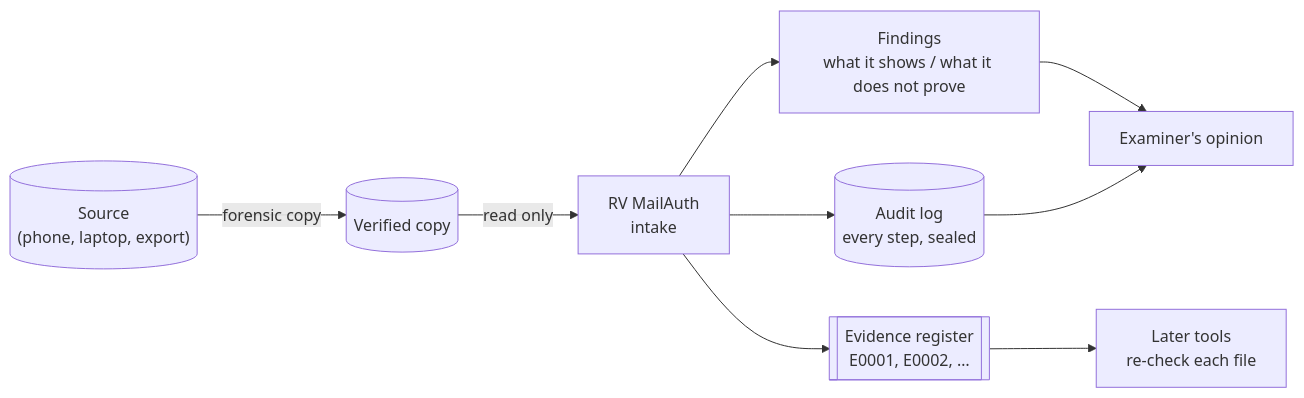
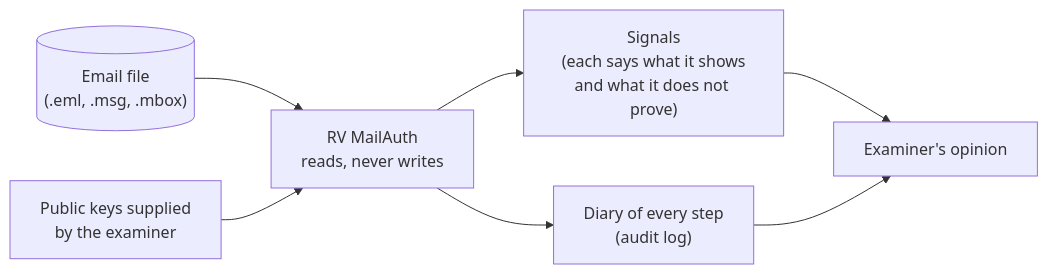
Before and after one commit to Panacota96/rv-mailauth: the first of 11 diagrams in docs/theory.md, drawn with Mermaid. The commit also changed other lines of this file and 101 other files, not shown here.

First line of the commit message:
feat: RV MailAuth v0.1 — email authenticity signals (core, CLI, GUI, docs) (#3)

````diff
--- a/docs/theory.md
+++ b/docs/theory.md
@@ -69,11 +62,9 @@
 ```mermaid
 flowchart LR
-    S[("Source<br/>(phone, laptop, export)")] -->|forensic copy| C[("Verified copy")]
-    C -->|read only| T["RV MailAuth<br/>intake"]
-    T --> F["Findings<br/>what it shows / what it does not prove"]
-    T --> R[["Evidence register<br/>E0001, E0002, …"]]
-    T --> L[("Audit log<br/>every step, sealed")]
-    R --> A["Later tools<br/>re-check each file"]
-    F --> E["Examiner's opinion"]
-    L --> E
+    E[("Email file<br/>(.eml, .msg, .mbox)")] --> T["RV MailAuth<br/>reads, never writes"]
+    K["Public keys supplied<br/>by the examiner"] --> T
+    T --> S["Signals<br/>(each says what it shows<br/>and what it does not prove)"]
+    T --> D["Diary of every step<br/>(audit log)"]
+    S --> X["Examiner's opinion"]
+    D --> X
 ```
````
